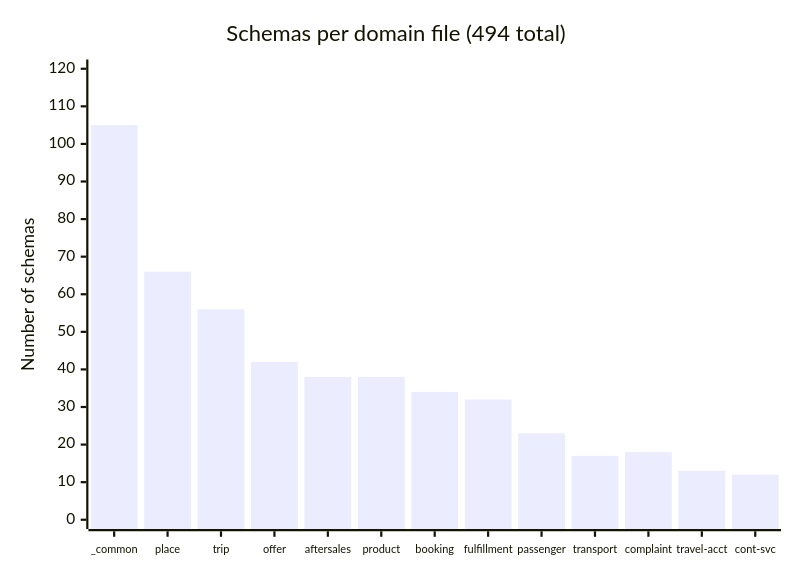
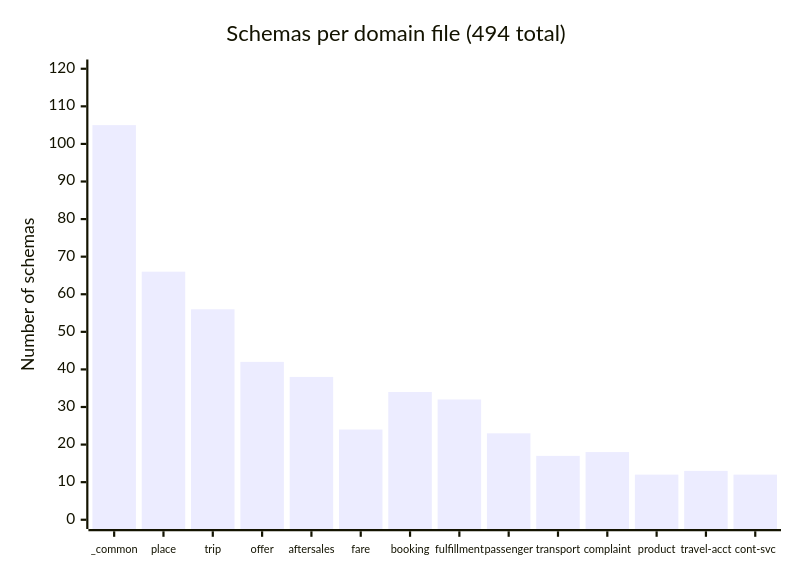
The sixth of 6 diagrams in specification/v3.9/modularization.md (UnionInternationalCheminsdeFer/OSDM), drawn with Mermaid before and after one commit. The commit also changed other lines of this file and 10 other files, not shown here.

First line of the commit message:
Refactor fare schema references and remove product schema

````diff
--- a/specification/v3.9/modularization.md
+++ b/specification/v3.9/modularization.md
@@ -197,13 +229,13 @@
 ```mermaid
 ---
 config:
   xyChart:
     xAxis:
       labelFontSize: 10
 ---
 xychart-beta
     title "Schemas per domain file (494 total)"
-    x-axis ["_common", "place", "trip", "offer", "aftersales", "product", "booking", "fulfillment", "passenger", "transport", "complaint", "travel-acct", "cont-svc"]
+    x-axis ["_common", "place", "trip", "offer", "aftersales", "fare", "booking", "fulfillment", "passenger", "transport", "complaint", "product", "travel-acct", "cont-svc"]
     y-axis "Number of schemas" 0 --> 120
-    bar [105, 66, 56, 42, 38, 38, 34, 32, 23, 17, 18, 13, 12]
+    bar [105, 66, 56, 42, 38, 24, 34, 32, 23, 17, 18, 12, 13, 12]
 ```
````
